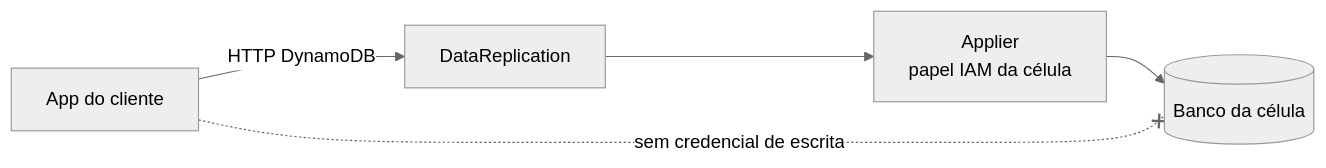
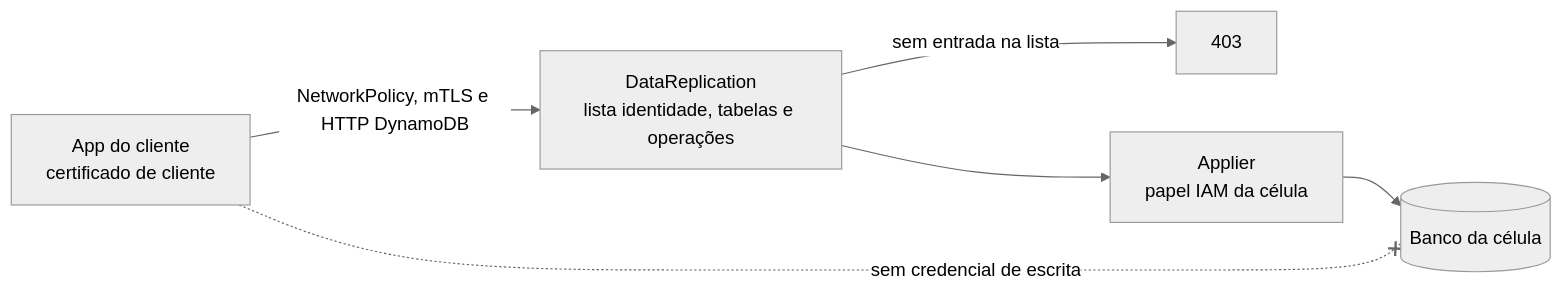
Before and after one commit to brbarmex/k: the diagram in 02_cenarios/atualizados/C20-bypass-de-escrita-direta.md, drawn with Mermaid (neutral theme). The commit also changed other lines of this file and 139 other files, not shown here.

First line of the commit message:
Adiciona DataReplication v1: pacote de arquitetura com as decisões da revisão crítica de 13/10

````diff
--- a/02_cenarios/atualizados/C20-bypass-de-escrita-direta.md
+++ b/02_cenarios/atualizados/C20-bypass-de-escrita-direta.md
@@ -11,7 +13,8 @@
 ```mermaid
 flowchart LR
-    APP["App do cliente"] -->|"HTTP DynamoDB"| DR["DataReplication"]
+    APP["App do cliente<br/>certificado de cliente"] -->|"NetworkPolicy, mTLS e HTTP DynamoDB"| DR["DataReplication<br/>lista identidade, tabelas e operações"]
+    DR -->|"sem entrada na lista"| N403["403"]
     DR --> APL["Applier<br/>papel IAM da célula"]
     APL --> DB[("Banco da célula")]
     APP -. "sem credencial de escrita" .-x DB
 ```
````
